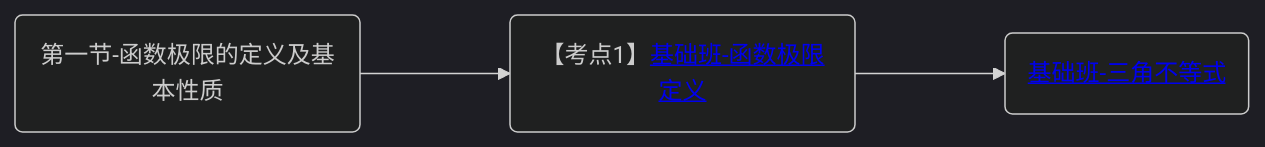
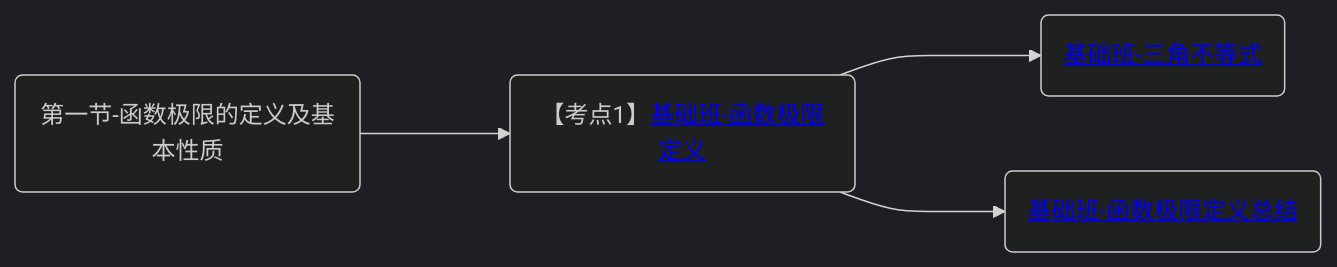
The diagram in 笔记/数学/周洋鑫/基础班/00.大纲.md (yuebinghui/note), drawn with Mermaid (dark theme) before and after one commit. The commit also changed 7 other files, not shown here.

````diff
--- a/笔记/数学/周洋鑫/基础班/00.大纲.md
+++ b/笔记/数学/周洋鑫/基础班/00.大纲.md
@@ -1,7 +1,9 @@
 ```mermaid
 graph LR
 第一节-函数极限的定义及基本性质(第一节-函数极限的定义及基本性质)
 
 第一节-函数极限的定义及基本性质--->基础班-函数极限定义(【考点1】<a href="/Users/yuebinghui/Documents/program/github/note/笔记/数学/周洋鑫/基础班/01.函数极限的定义与性质-1.md#基础班-函数极限定义">基础班-函数极限定义</>)
 基础班-函数极限定义--->基础班-三角不等式(<a href="/Users/yuebinghui/Documents/program/github/note/笔记/数学/周洋鑫/基础班/01.函数极限的定义与性质-1.md#基础班-三角不等式">基础班-三角不等式</>)
+基础班-函数极限定义--->基础班-函数极限定义总结(<a href="/Users/yuebinghui/Documents/program/github/note/笔记/数学/周洋鑫/基础班/01.函数极限的定义与性质-1.md#基础班-函数极限定义总结">基础班-函数极限定义总结</>)
+
 ```
````
